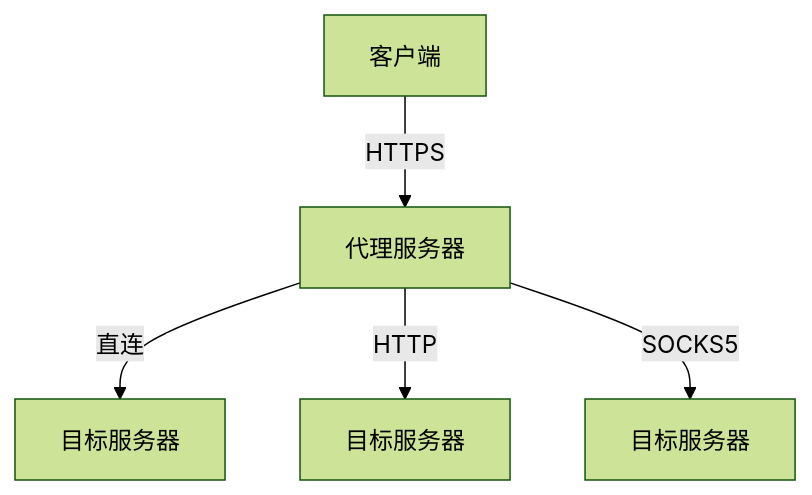
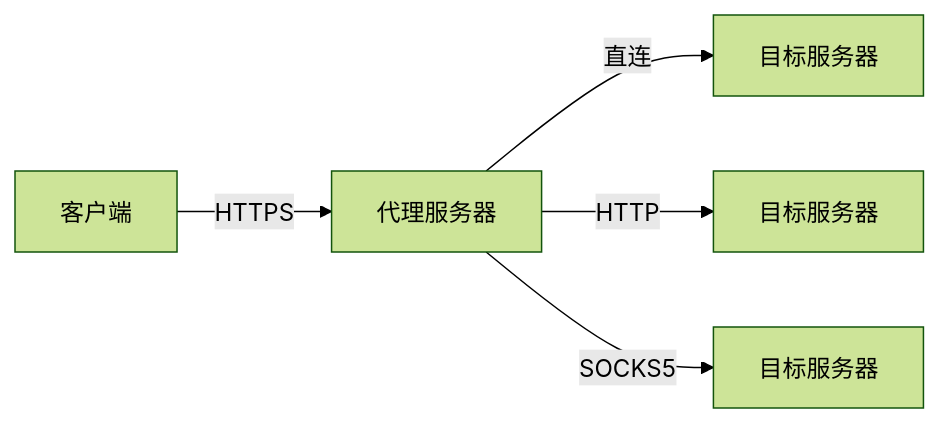
Before and after one commit to 117503445/https-proxy: the first of 2 diagrams in README.md, drawn with Mermaid (forest theme). The commit also changed other lines of this file, not shown here.

````diff
--- a/README.md
+++ b/README.md
@@ -10,7 +10,7 @@
 ```mermaid
-graph TD
+graph LR
     A[客户端] -->|HTTPS| B[代理服务器]
     B -->|直连| C[目标服务器]
     B -->|HTTP| D[目标服务器]
     B -->|SOCKS5| E[目标服务器]
 ```
````
